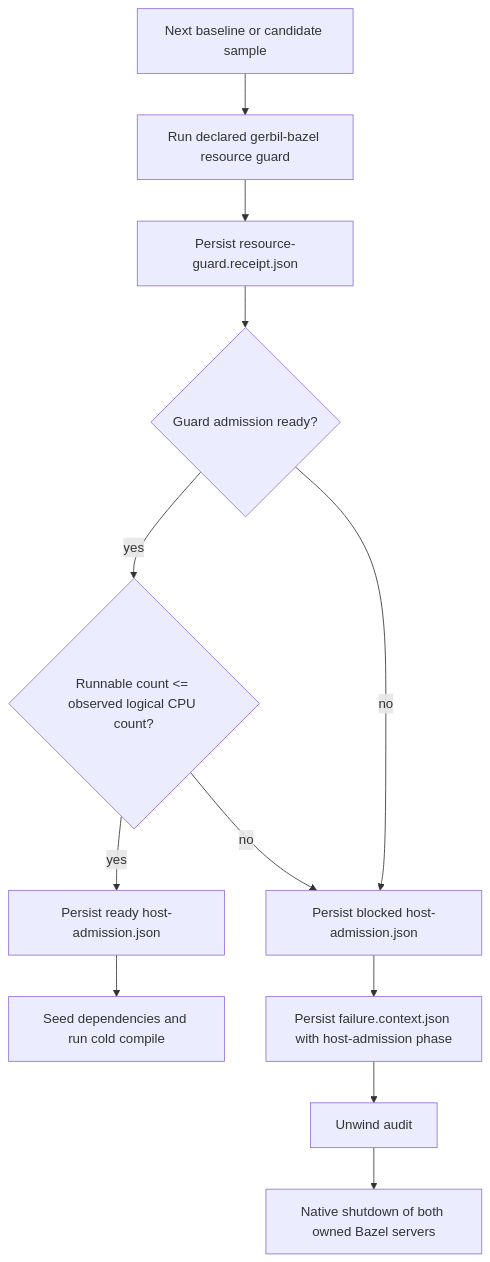
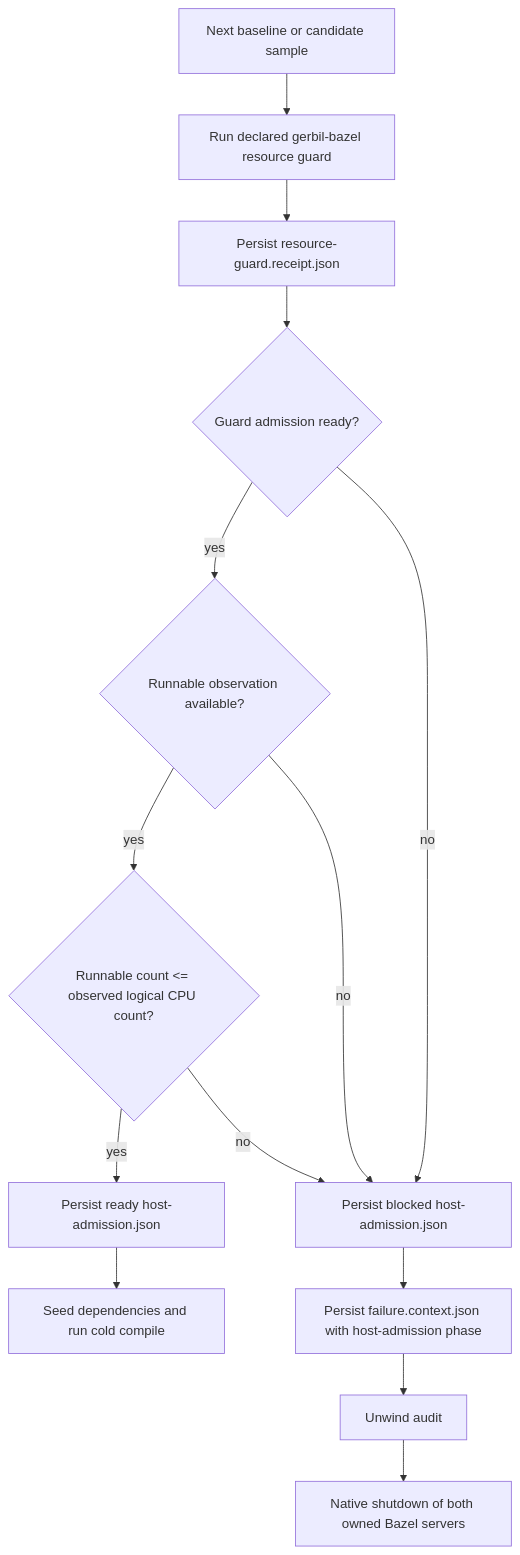
One commit to tao3k/poo-flow changed the ninth of 9 diagrams in docs/10-19-design/10.06-poo-module-system/156-gerbil-bazel-pr29-downstream-performance-receipt.org. Above: the diagram before and after it, drawn with Mermaid. The commit also changed other lines of this file and 2 other files, not shown here.

```diff
--- a/docs/10-19-design/10.06-poo-module-system/156-gerbil-bazel-pr29-downstream-performance-receipt.org
+++ b/docs/10-19-design/10.06-poo-module-system/156-gerbil-bazel-pr29-downstream-performance-receipt.org
@@ -691,26 +692,29 @@
 #+begin_src mermaid
 flowchart TD
   Sample["Next baseline or candidate sample"]
   Guard["Run declared gerbil-bazel resource guard"]
   NativeReceipt["Persist resource-guard.receipt.json"]
   Ready{"Guard admission ready?"}
+  Available{"Runnable observation available?"}
   Capacity{"Runnable count <= observed logical CPU count?"}
   Admission["Persist ready host-admission.json"]
   Cold["Seed dependencies and run cold compile"]
   Blocked["Persist blocked host-admission.json"]
   Context["Persist failure.context.json with host-admission phase"]
   Unwind["Unwind audit"]
   Shutdown["Native shutdown of both owned Bazel servers"]
 
   Sample --> Guard
   Guard --> NativeReceipt
   NativeReceipt --> Ready
-  Ready -- "yes" --> Capacity
+  Ready -- "yes" --> Available
   Ready -- "no" --> Blocked
+  Available -- "yes" --> Capacity
+  Available -- "no" --> Blocked
   Capacity -- "yes" --> Admission
   Capacity -- "no" --> Blocked
   Admission --> Cold
   Blocked --> Context
   Context --> Unwind
   Unwind --> Shutdown
 #+end_src
```
